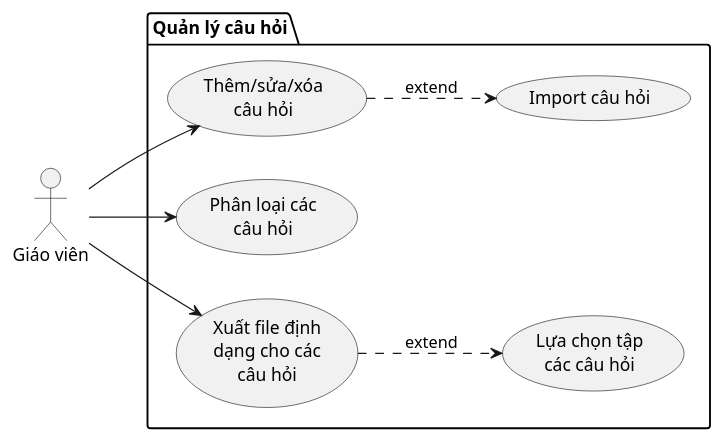
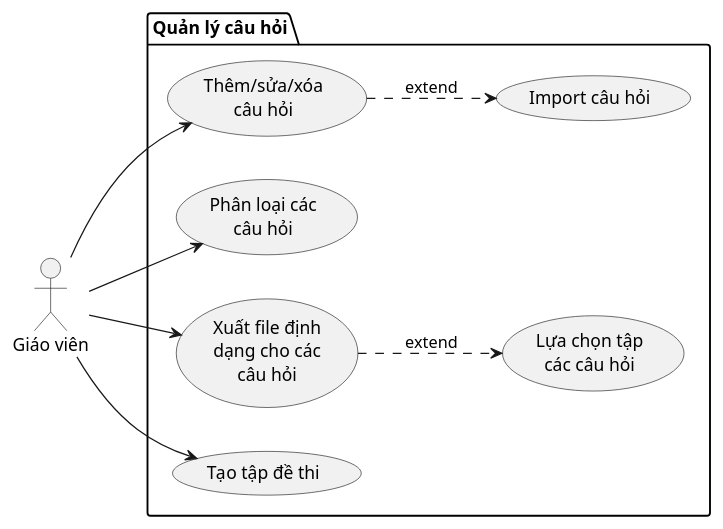
One commit to minh-tn-hust/Project2-QuizWebApp changed the diagram in diagrams/usecase/quanlycauhoi.plantuml. Above: the diagram before and after it, drawn with PlantUML. The commit also changed 4 other files, not shown here.

```diff
--- a/diagrams/usecase/quanlycauhoi.plantuml
+++ b/diagrams/usecase/quanlycauhoi.plantuml
@@ -1,19 +1,21 @@
 @startuml
 skinparam WrapWidth 100
 left to right direction
 package "Quản lý câu hỏi" {
     usecase "Thêm/sửa/xóa câu hỏi" as uc1
     usecase "Import câu hỏi" as uc2
     usecase "Phân loại các câu hỏi" as uc3
     usecase "Xuất file định dạng cho các câu hỏi" as uc4
     usecase "Lựa chọn tập các câu hỏi" as uc5
+    usecase "Tạo tập đề thi" as uc6
     uc4 ..> uc5 : extend
     uc1 ..> uc2 : extend
 }
 
 
 "Giáo viên" as teacher
 teacher --> uc1
 teacher --> uc3
 teacher --> uc4
+teacher --> uc6
 @enduml
```
